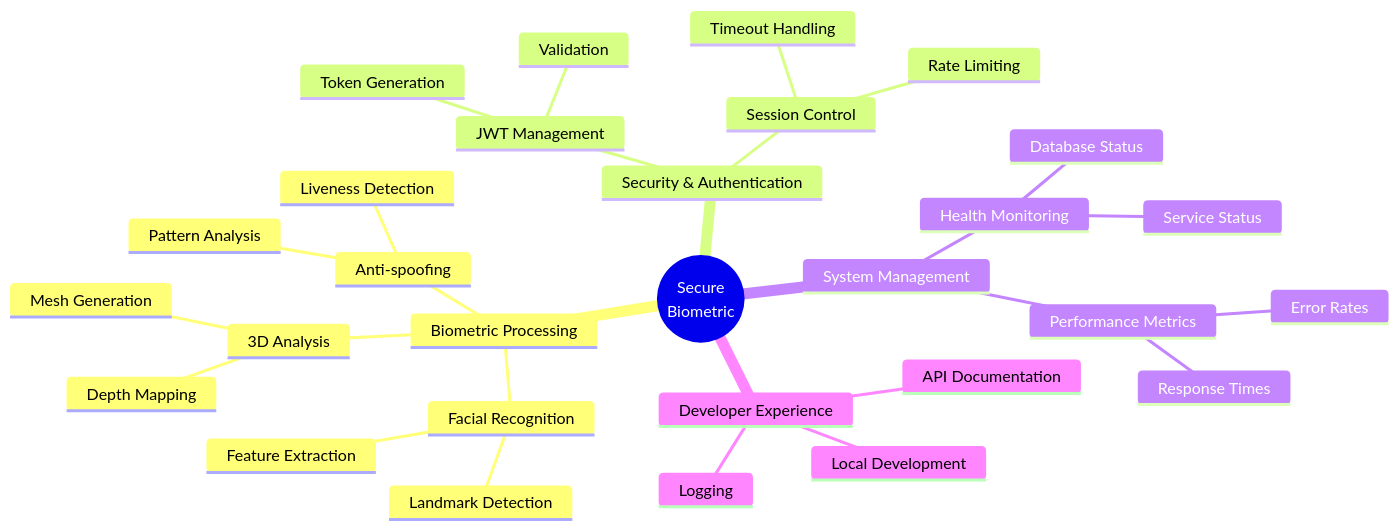
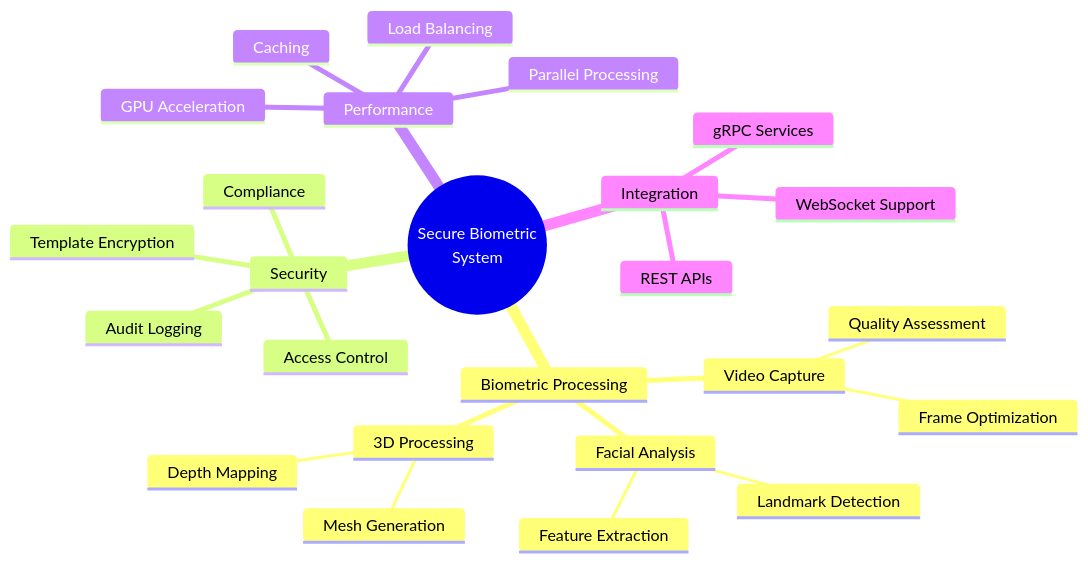
One commit to JtPerez-Acle/secure-biometric changed the first of 5 diagrams in README.md. Above: the diagram before and after it, drawn with Mermaid. The commit also changed other lines of this file and 71 other files, not shown here.

````diff
--- a/README.md
+++ b/README.md
@@ -158,32 +28,28 @@
 ```mermaid
 mindmap
-    root((Secure<br/>Biometric))
-        Biometric Processing
-            Facial Recognition
-                Feature Extraction
-                Landmark Detection
-            3D Analysis
-                Depth Mapping
-                Mesh Generation
-            Anti-spoofing
-                Liveness Detection
-                Pattern Analysis
-        Security & Authentication
-            JWT Management
-                Token Generation
-                Validation
-            Session Control
-                Rate Limiting
-                Timeout Handling
-        System Management
-            Health Monitoring
-                Service Status
-                Database Status
-            Performance Metrics
-                Response Times
-                Error Rates
-        Developer Experience
-            API Documentation
-            Logging
-            Local Development
+  root((Secure Biometric<br/>System))
+    Biometric Processing
+      Video Capture
+        Frame Optimization
+        Quality Assessment
+      Facial Analysis
+        Landmark Detection
+        Feature Extraction
+      3D Processing
+        Depth Mapping
+        Mesh Generation
+    Security
+      Template Encryption
+      Access Control
+      Audit Logging
+      Compliance
+    Performance
+      Parallel Processing
+      GPU Acceleration
+      Caching
+      Load Balancing
+    Integration
+      REST APIs
+      gRPC Services
+      WebSocket Support
 ```
````
